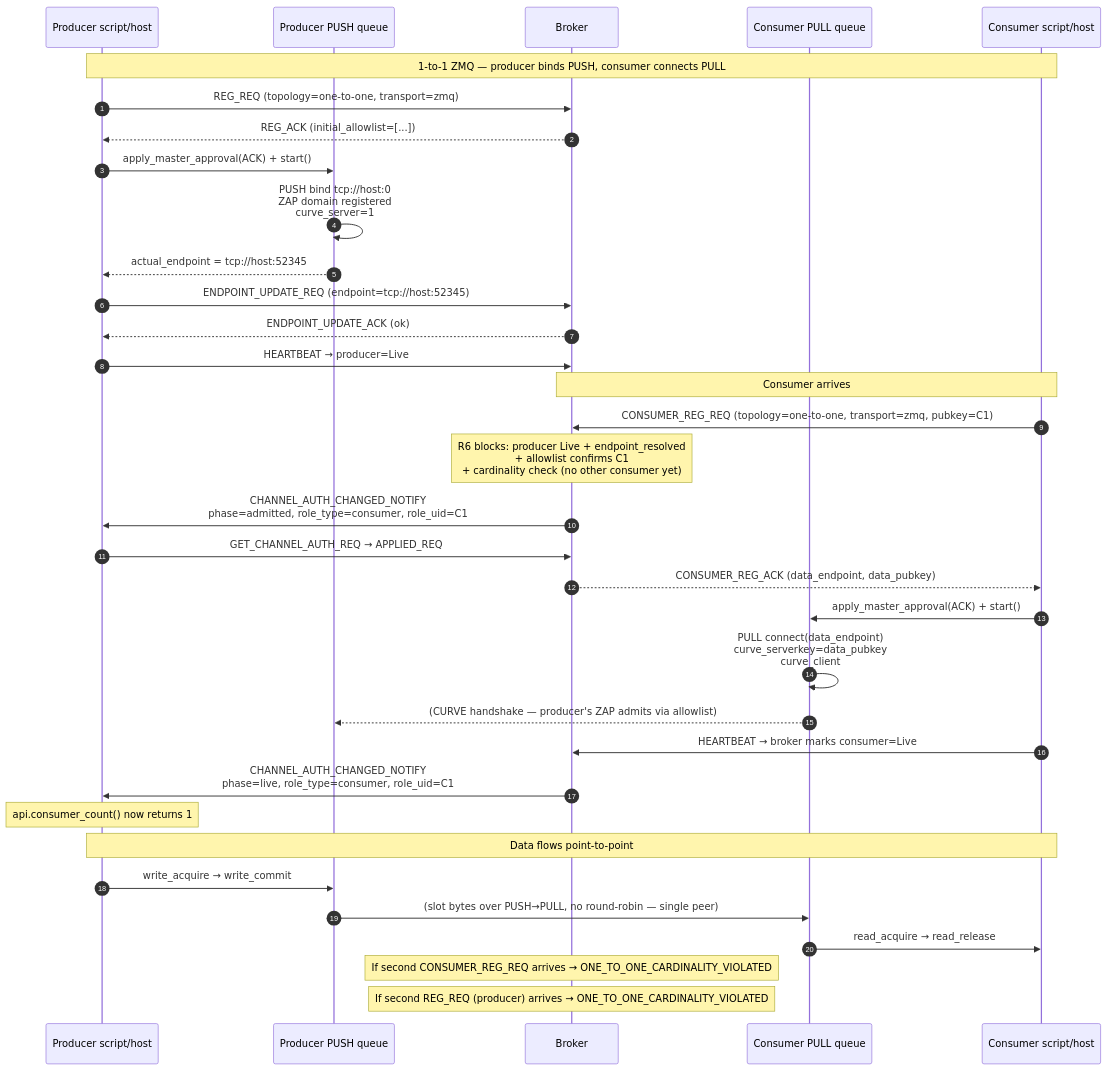
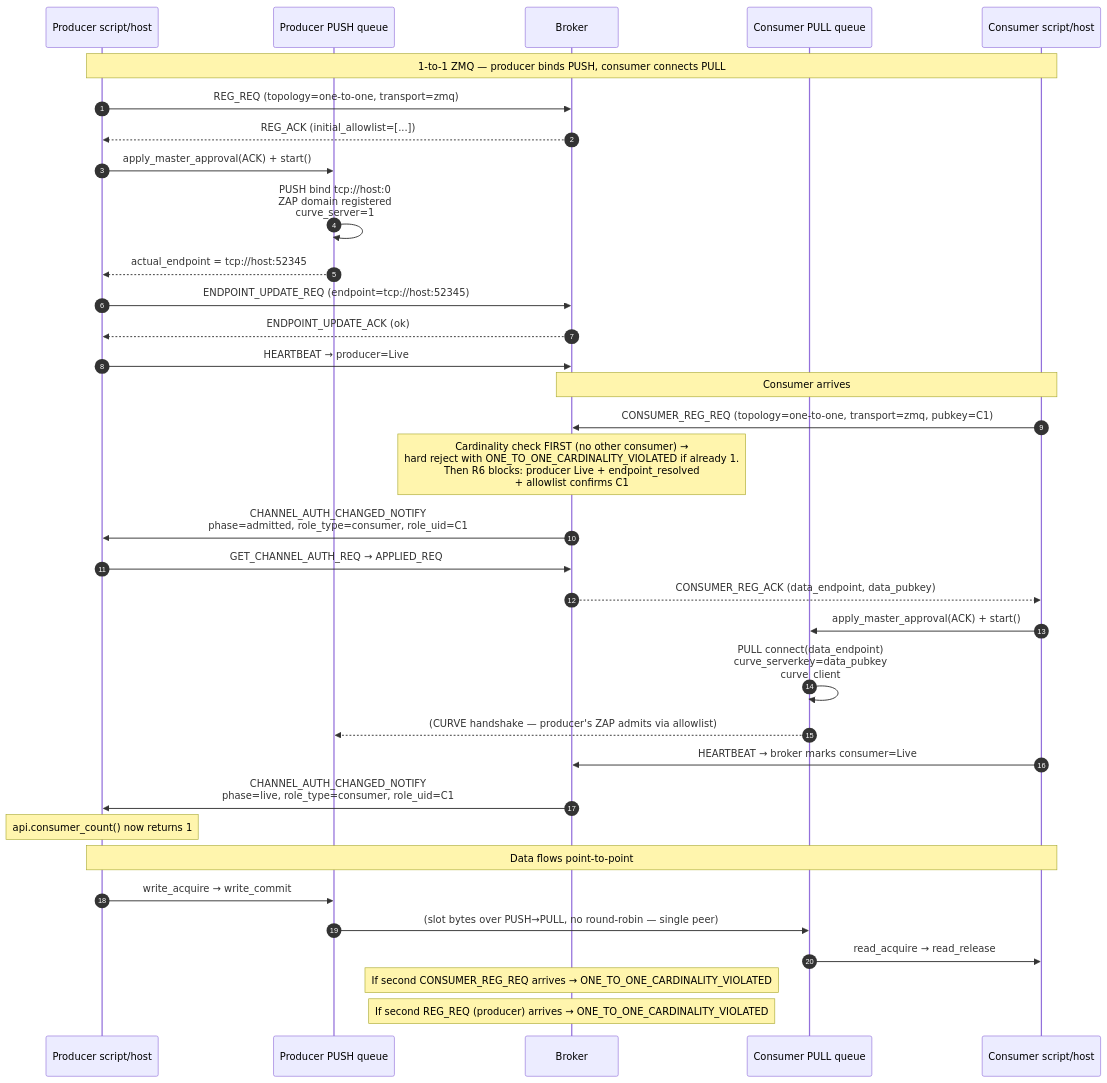
Before and after one commit to Qing-LAB/pylabhub: the sixth of 7 diagrams in docs/HEP/HEP-CORE-0017-Pipeline-Architecture.md, drawn with Mermaid. The commit also changed 1 other file, not shown here.

````diff
--- a/docs/HEP/HEP-CORE-0017-Pipeline-Architecture.md
+++ b/docs/HEP/HEP-CORE-0017-Pipeline-Architecture.md
@@ -1524,39 +1524,39 @@
 ```mermaid
 sequenceDiagram
     autonumber
     participant PS as Producer script/host
     participant PQ as Producer PUSH queue
     participant B  as Broker
     participant CQ as Consumer PULL queue
     participant CS as Consumer script/host
 
     Note over PS,CS: 1-to-1 ZMQ — producer binds PUSH, consumer connects PULL
     PS->>B: REG_REQ (topology=one-to-one, transport=zmq)
     B-->>PS: REG_ACK (initial_allowlist=[...])
     PS->>PQ: apply_master_approval(ACK) + start()
     PQ->>PQ: PUSH bind tcp://host:0<br/>ZAP domain registered<br/>curve_server=1
     PQ-->>PS: actual_endpoint = tcp://host:52345
     PS->>B: ENDPOINT_UPDATE_REQ (endpoint=tcp://host:52345)
     B-->>PS: ENDPOINT_UPDATE_ACK (ok)
     PS->>B: HEARTBEAT → producer=Live
 
     Note over CS,B: Consumer arrives
     CS->>B: CONSUMER_REG_REQ (topology=one-to-one, transport=zmq, pubkey=C1)
-    Note over B: R6 blocks: producer Live + endpoint_resolved<br/>+ allowlist confirms C1<br/>+ cardinality check (no other consumer yet)
+    Note over B: Cardinality check FIRST (no other consumer) →<br/>hard reject with ONE_TO_ONE_CARDINALITY_VIOLATED if already 1.<br/>Then R6 blocks: producer Live + endpoint_resolved<br/>+ allowlist confirms C1
     B->>PS: CHANNEL_AUTH_CHANGED_NOTIFY<br/>phase=admitted, role_type=consumer, role_uid=C1
     PS->>B: GET_CHANNEL_AUTH_REQ → APPLIED_REQ
     B-->>CS: CONSUMER_REG_ACK (data_endpoint, data_pubkey)
     CS->>CQ: apply_master_approval(ACK) + start()
     CQ->>CQ: PULL connect(data_endpoint)<br/>curve_serverkey=data_pubkey<br/>curve_client
     CQ-->>PQ: (CURVE handshake — producer's ZAP admits via allowlist)
     CS->>B: HEARTBEAT → broker marks consumer=Live
     B->>PS: CHANNEL_AUTH_CHANGED_NOTIFY<br/>phase=live, role_type=consumer, role_uid=C1
     Note over PS: api.consumer_count() now returns 1
     Note over PS,CS: Data flows point-to-point
     PS->>PQ: write_acquire → write_commit
     PQ->>CQ: (slot bytes over PUSH→PULL, no round-robin — single peer)
     CQ->>CS: read_acquire → read_release
 
     Note over B,B: If second CONSUMER_REG_REQ arrives → ONE_TO_ONE_CARDINALITY_VIOLATED
     Note over B,B: If second REG_REQ (producer) arrives → ONE_TO_ONE_CARDINALITY_VIOLATED
 ```
````
